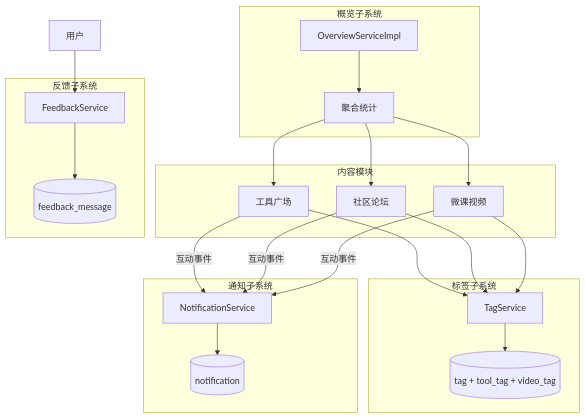
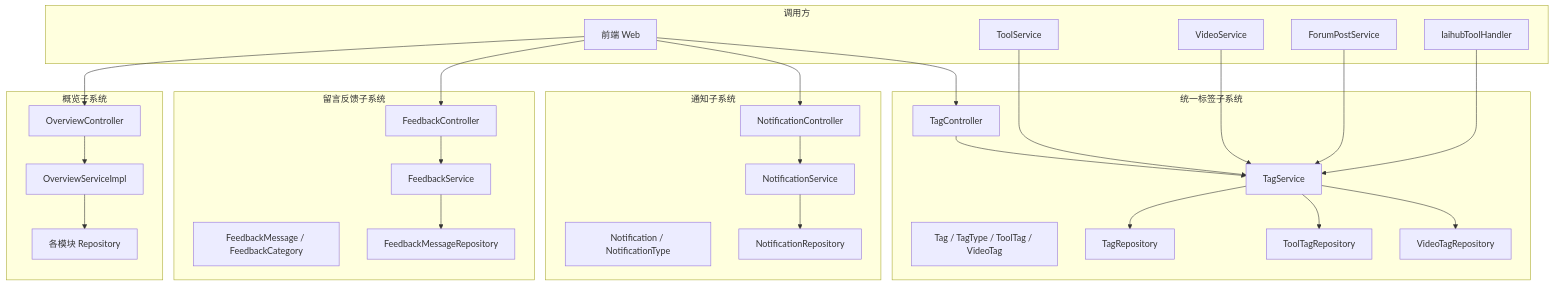
One commit to mambo-wang/CodingHub changed the first of 2 diagrams in repowiki/community-social.md. Above: the diagram before and after it, drawn with Mermaid. The commit also changed other lines of this file and 14 other files, not shown here.

````diff
--- a/repowiki/community-social.md
+++ b/repowiki/community-social.md
@@ -11,46 +11,61 @@
 ```mermaid
 graph TD
-    subgraph 内容模块
-        TOOL[工具广场]
-        FORUM[社区论坛]
-        VIDEO[微课视频]
+    subgraph TagSystem[统一标签子系统]
+        TagCtrl[TagController]
+        TagSvc[TagService]
+        TagModel[Tag / TagType / ToolTag / VideoTag]
+        TagRepo[TagRepository]
+        ToolTagRepo[ToolTagRepository]
+        VideoTagRepo[VideoTagRepository]
     end
 
-    subgraph 标签子系统
-        TAG_SVC[TagService]
-        TAG_DB[(tag + tool_tag + video_tag)]
+    subgraph NotifySystem[通知子系统]
+        NotifCtrl[NotificationController]
+        NotifSvc[NotificationService]
+        NotifModel[Notification / NotificationType]
+        NotifRepo[NotificationRepository]
     end
 
-    subgraph 通知子系统
-        NOTIF_SVC[NotificationService]
-        NOTIF_DB[(notification)]
+    subgraph FeedbackSystem[留言反馈子系统]
+        FbCtrl[FeedbackController]
+        FbSvc[FeedbackService]
+        FbModel[FeedbackMessage / FeedbackCategory]
+        FbRepo[FeedbackMessageRepository]
     end
 
-    subgraph 反馈子系统
-        FB_SVC[FeedbackService]
-        FB_DB[(feedback_message)]
+    subgraph OverviewSystem[概览子系统]
+        OvCtrl[OverviewController]
+        OvSvc[OverviewServiceImpl]
+        OvRepo[各模块 Repository]
     end
 
-    subgraph 概览子系统
-        OV_SVC[OverviewServiceImpl]
-        OV_AGG[聚合统计]
+    subgraph Callers[调用方]
+        ToolSvc[ToolService]
+        VideoSvc[VideoService]
+        ForumSvc[ForumPostService]
+        MCPHandler[IaihubToolHandler]
+        Frontend[前端 Web]
     end
 
-    TOOL --> TAG_SVC
-    FORUM --> TAG_SVC
-    VIDEO --> TAG_SVC
-    TAG_SVC --> TAG_DB
+    Frontend --> TagCtrl
+    Frontend --> NotifCtrl
+    Frontend --> FbCtrl
+    Frontend --> OvCtrl
 
-    TOOL -->|互动事件| NOTIF_SVC
-    FORUM -->|互动事件| NOTIF_SVC
-    VIDEO -->|互动事件| NOTIF_SVC
-    NOTIF_SVC --> NOTIF_DB
+    TagCtrl --> TagSvc
+    NotifCtrl --> NotifSvc
+    FbCtrl --> FbSvc
+    OvCtrl --> OvSvc
 
-    USER[用户] --> FB_SVC
-    FB_SVC --> FB_DB
+    TagSvc --> TagRepo
+    TagSvc --> ToolTagRepo
+    TagSvc --> VideoTagRepo
+    NotifSvc --> NotifRepo
+    FbSvc --> FbRepo
+    OvSvc --> OvRepo
 
-    OV_SVC --> OV_AGG
-    OV_AGG --> TOOL
-    OV_AGG --> FORUM
-    OV_AGG --> VIDEO
+    ToolSvc --> TagSvc
+    VideoSvc --> TagSvc
+    ForumSvc --> TagSvc
+    MCPHandler --> TagSvc
 ```
````
